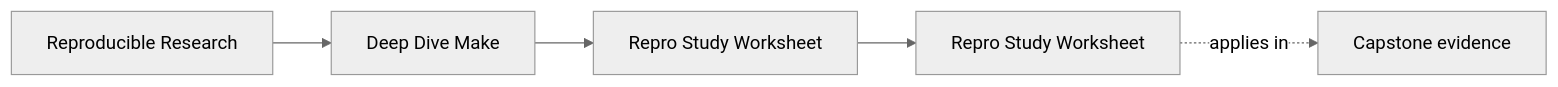
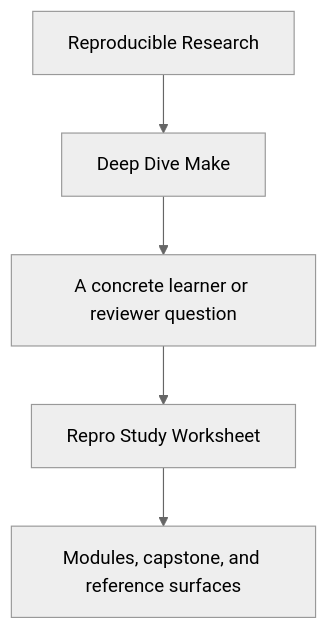
Before and after one commit to bijux/bijux-masterclass: the first of 2 diagrams in programs/reproducible-research/deep-dive-make/course-book/guides/repro-study-worksheet.md, drawn with Mermaid (neutral theme). The commit also changed other lines of this file and 29 other files, not shown here.

Commit message:
docs(deep-dive-make): sharpen guide and reference diagrams

````diff
--- a/programs/reproducible-research/deep-dive-make/course-book/guides/repro-study-worksheet.md
+++ b/programs/reproducible-research/deep-dive-make/course-book/guides/repro-study-worksheet.md
@@ -9,11 +9,7 @@
 ```mermaid
-graph LR
-  family["Reproducible Research"]
-  program["Deep Dive Make"]
-  section["Repro Study Worksheet"]
-  page["Repro Study Worksheet"]
-  capstone["Capstone evidence"]
-
-  family --> program --> section --> page
-  page -.applies in.-> capstone
+flowchart TD
+  family["Reproducible Research"] --> program["Deep Dive Make"]
+  program --> pressure["A concrete learner or reviewer question"]
+  pressure --> guide["Repro Study Worksheet"]
+  guide --> next["Modules, capstone, and reference surfaces"]
 ```
````
